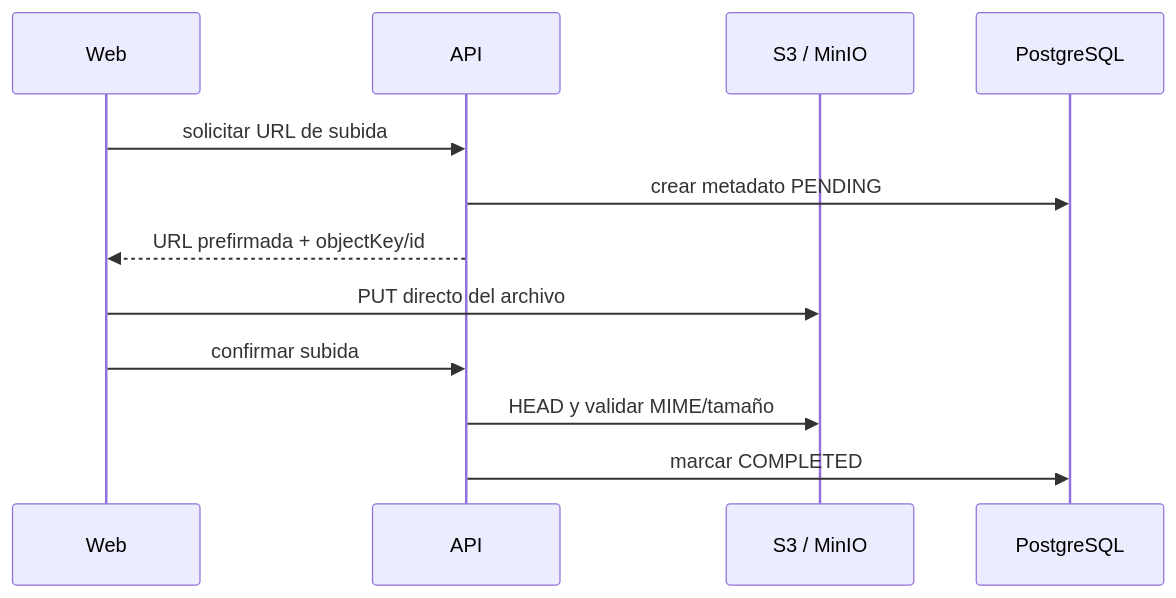
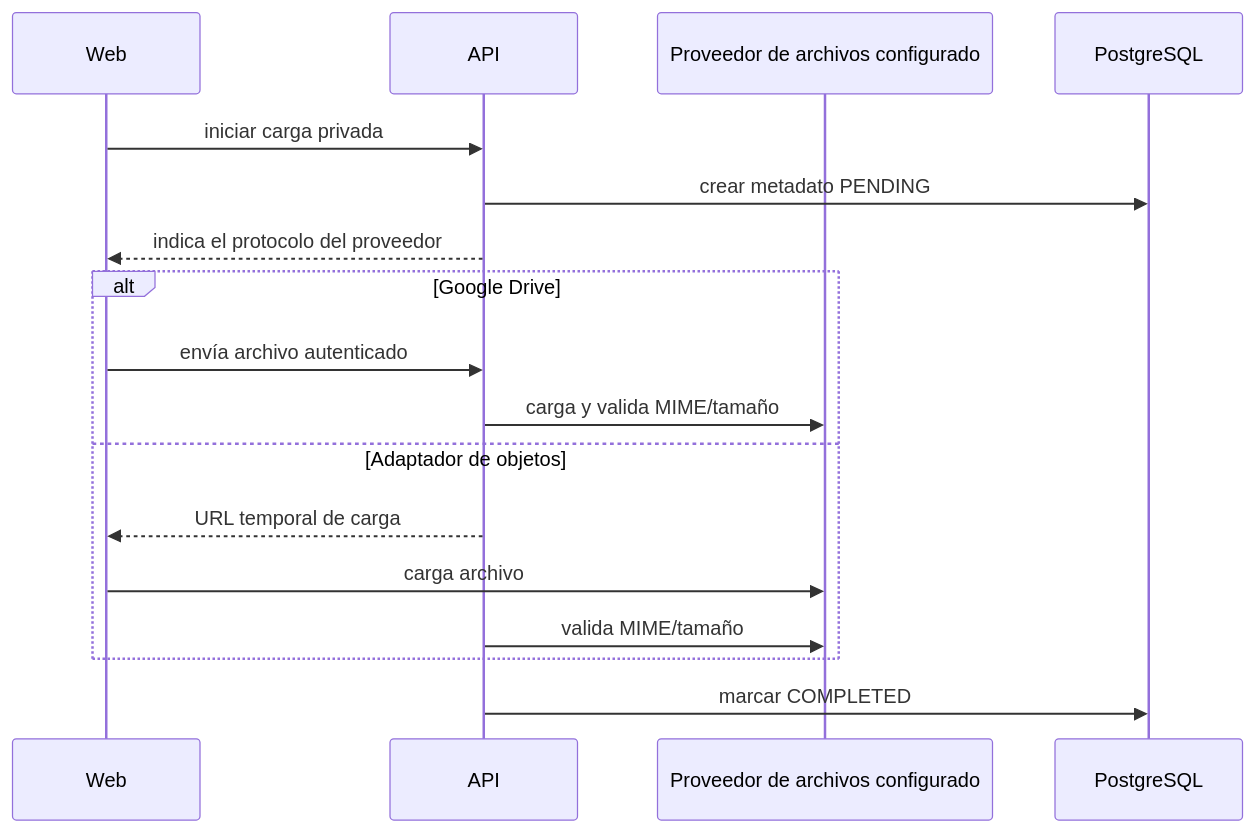
Before and after one commit to luistorres-idt/puk: the third of 4 diagrams in docs/technical/backend-and-flows.md, drawn with Mermaid. The commit also changed other lines of this file and 14 other files, not shown here.

````diff
--- a/docs/technical/backend-and-flows.md
+++ b/docs/technical/backend-and-flows.md
@@ -107,15 +108,20 @@
 ```mermaid
 sequenceDiagram
     participant W as Web
     participant API
-    participant S3 as S3 / MinIO
+    participant Storage as Proveedor de archivos configurado
     participant DB as PostgreSQL
 
-    W->>API: solicitar URL de subida
+    W->>API: iniciar carga privada
     API->>DB: crear metadato PENDING
-    API-->>W: URL prefirmada + objectKey/id
-    W->>S3: PUT directo del archivo
-    W->>API: confirmar subida
-    API->>S3: HEAD y validar MIME/tamaño
+    API-->>W: indica el protocolo del proveedor
+    alt Google Drive
+        W->>API: envía archivo autenticado
+        API->>Storage: carga y valida MIME/tamaño
+    else Adaptador de objetos
+        API-->>W: URL temporal de carga
+        W->>Storage: carga archivo
+        API->>Storage: valida MIME/tamaño
+    end
     API->>DB: marcar COMPLETED
 ```
````
